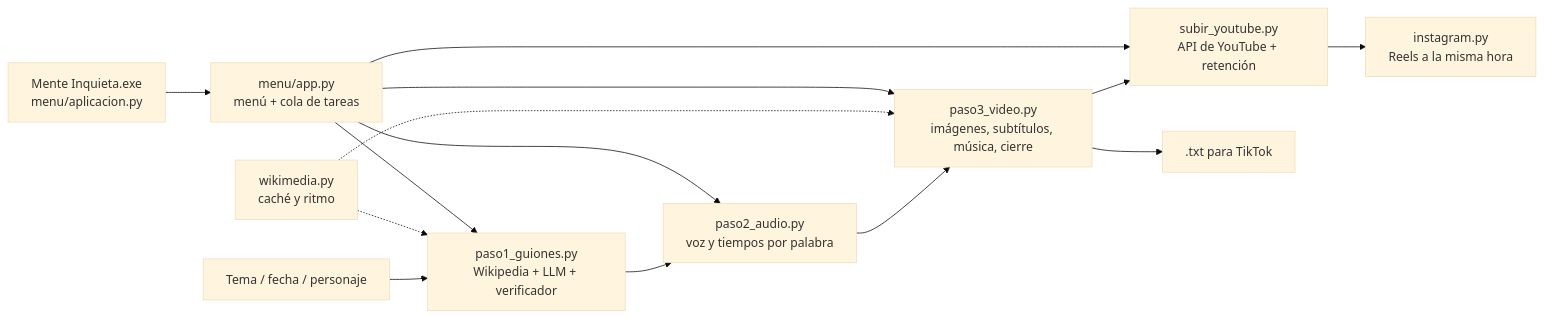
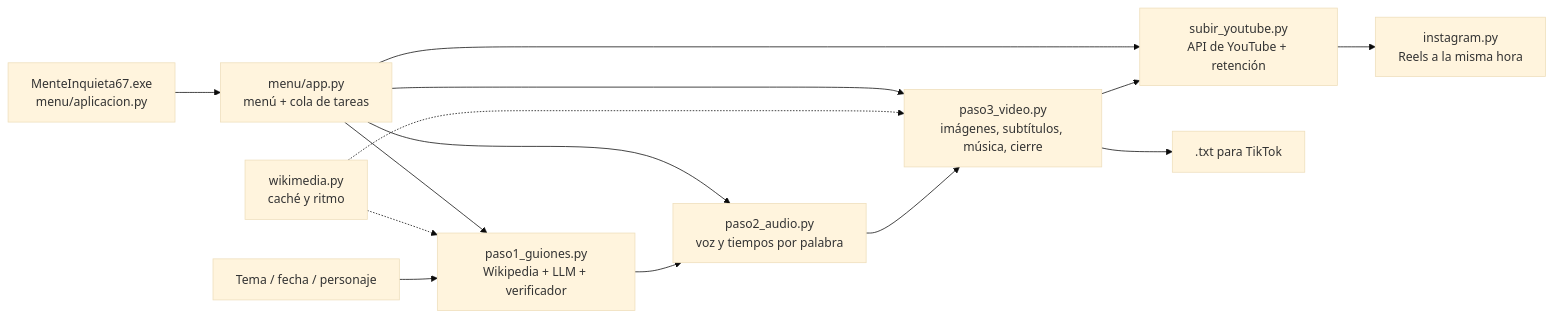
Before and after one commit to luukthegoat/pipeline-curiosidades: the diagram in README.md, drawn with Mermaid (base theme). The commit also changed other lines of this file and 34 other files, not shown here.

First line of the commit message:
MenteInquieta67 2.0: camino a monetizar, Shorts de los vídeos largos y más (2.0.0)

````diff
--- a/README.md
+++ b/README.md
@@ -65,13 +70,13 @@
 ```mermaid
 flowchart LR
     A[Tema / fecha / personaje] --> B[paso1_guiones.py<br/>Wikipedia + LLM + verificador]
     B --> C[paso2_audio.py<br/>voz y tiempos por palabra]
     C --> D[paso3_video.py<br/>imágenes, subtítulos, música, cierre]
     D --> E[subir_youtube.py<br/>API de YouTube + retención]
     D --> F[.txt para TikTok]
     E --> I[instagram.py<br/>Reels a la misma hora]
     W[wikimedia.py<br/>caché y ritmo] -.-> B
     W -.-> D
     M[menu/app.py<br/>menú + cola de tareas] --> B & C & D & E
-    X[Mente Inquieta.exe<br/>menu/aplicacion.py] --> M
+    X[MenteInquieta67.exe<br/>menu/aplicacion.py] --> M
 ```
````
